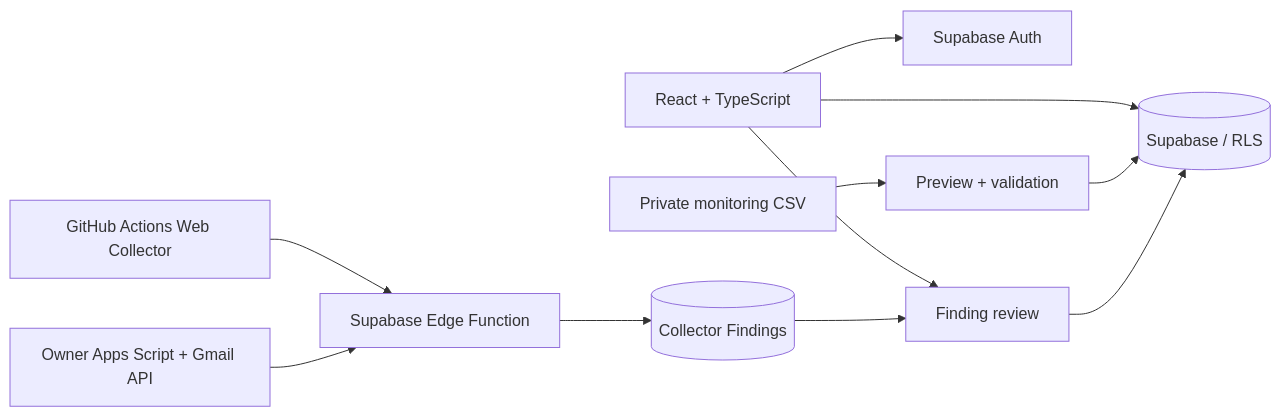
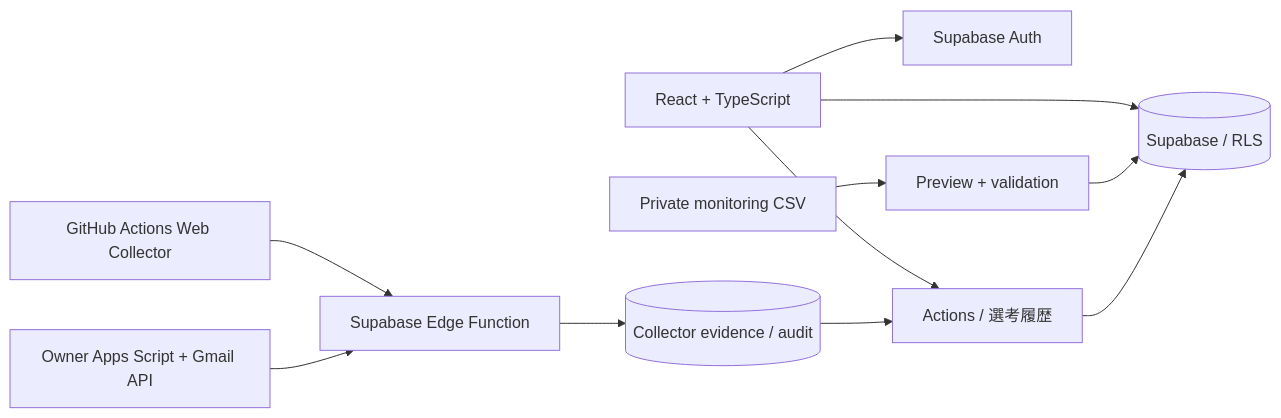
One commit to fujishusuke1215-alt/job-hunt-manager changed the diagram in README.md. Above: the diagram before and after it, drawn with Mermaid. The commit also changed other lines of this file and 2 other files, not shown here.

Commit message:
refactor: simplify personal navigation around actions

````diff
--- a/README.md
+++ b/README.md
@@ -34,13 +34,13 @@
 ```mermaid
 flowchart LR
   UI[React + TypeScript] --> AUTH[Supabase Auth]
   UI --> DATA[(Supabase / RLS)]
-  UI --> REVIEW[Finding review]
+  UI --> ACTIONS[Actions / 選考履歴]
   CSV[Private monitoring CSV] --> IMPORT[Preview + validation]
   IMPORT --> DATA
   WEB[GitHub Actions Web Collector] --> INGEST[Supabase Edge Function]
   GMAIL[Owner Apps Script + Gmail API] --> INGEST
-  INGEST --> FINDINGS[(Collector Findings)]
-  FINDINGS --> REVIEW
-  REVIEW --> DATA
+  INGEST --> FINDINGS[(Collector evidence / audit)]
+  FINDINGS --> ACTIONS
+  ACTIONS --> DATA
 ```
````
